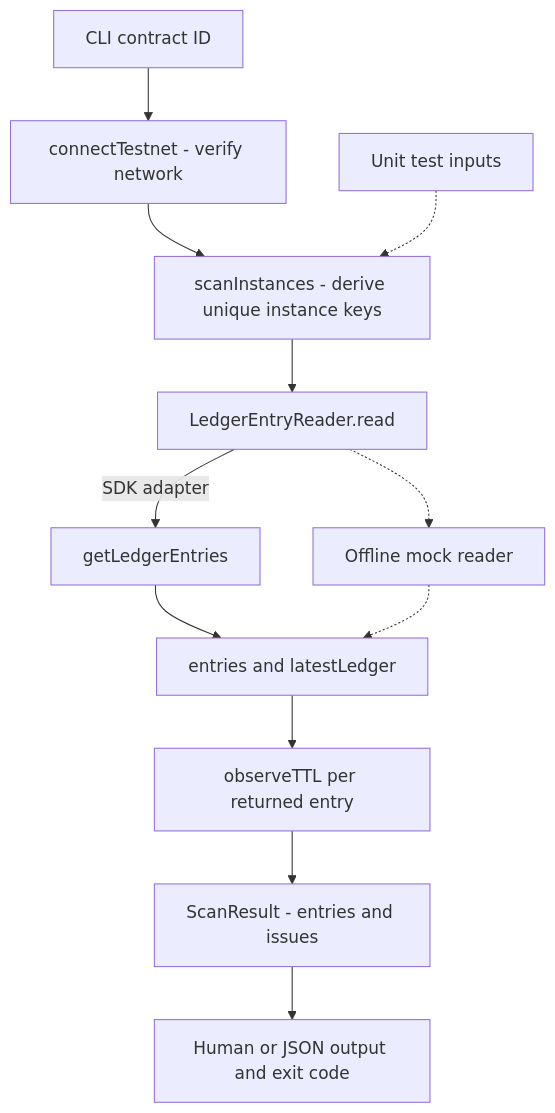
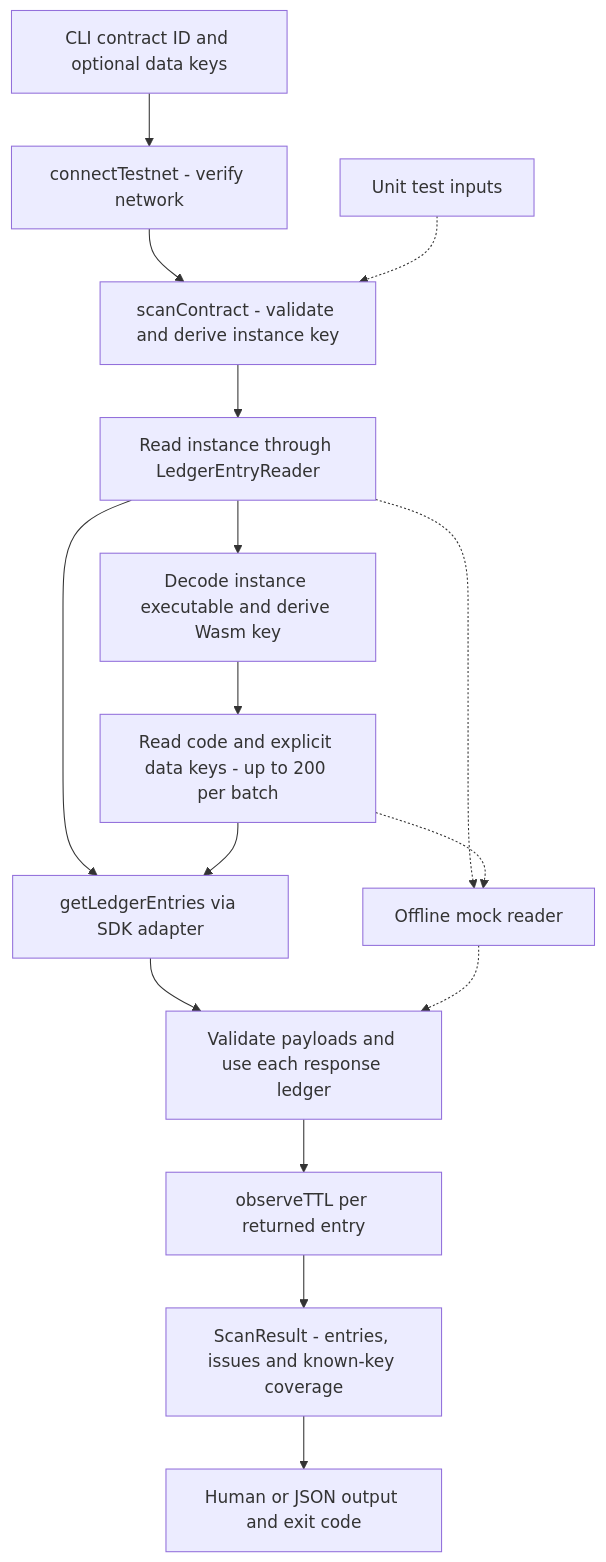
One commit to Fatihmaull/evergreen changed the second of 3 diagrams in docs/ARCHITECTURE.md. Above: the diagram before and after it, drawn with Mermaid. The commit also changed other lines of this file and 33 other files, not shown here.

Commit message:
feat(core): scan all four entry types [W2-D8-03]

````diff
--- a/docs/ARCHITECTURE.md
+++ b/docs/ARCHITECTURE.md
@@ -128,14 +128,18 @@
 ```mermaid
 flowchart TD
-    Input[CLI contract ID] --> Guard[connectTestnet - verify network]
-    Guard --> Scan[scanInstances - derive unique instance keys]
+    Input[CLI contract ID and optional data keys] --> Guard[connectTestnet - verify network]
+    Guard --> Scan[scanContract - validate and derive instance key]
     Tests[Unit test inputs] -.-> Scan
-    Scan --> Read[LedgerEntryReader.read]
-    Read -->|SDK adapter| RPC[getLedgerEntries]
+    Scan --> Read[Read instance through LedgerEntryReader]
+    Read --> Code[Decode instance executable and derive Wasm key]
+    Code --> Batches[Read code and explicit data keys - up to 200 per batch]
+    Read --> RPC[getLedgerEntries via SDK adapter]
+    Batches --> RPC
     Read -.-> Mock[Offline mock reader]
-    RPC --> Observation[entries and latestLedger]
+    Batches -.-> Mock
+    RPC --> Observation[Validate payloads and use each response ledger]
     Mock -.-> Observation
     Observation --> TTL[observeTTL per returned entry]
-    TTL --> Result[ScanResult - entries and issues]
+    TTL --> Result[ScanResult - entries, issues and known-key coverage]
     Result --> Output[Human or JSON output and exit code]
 ```
````
